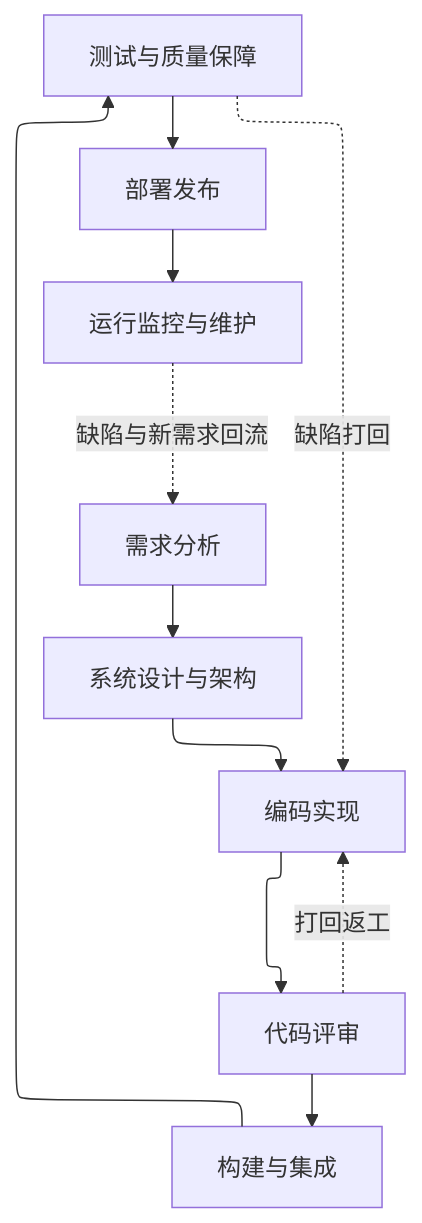
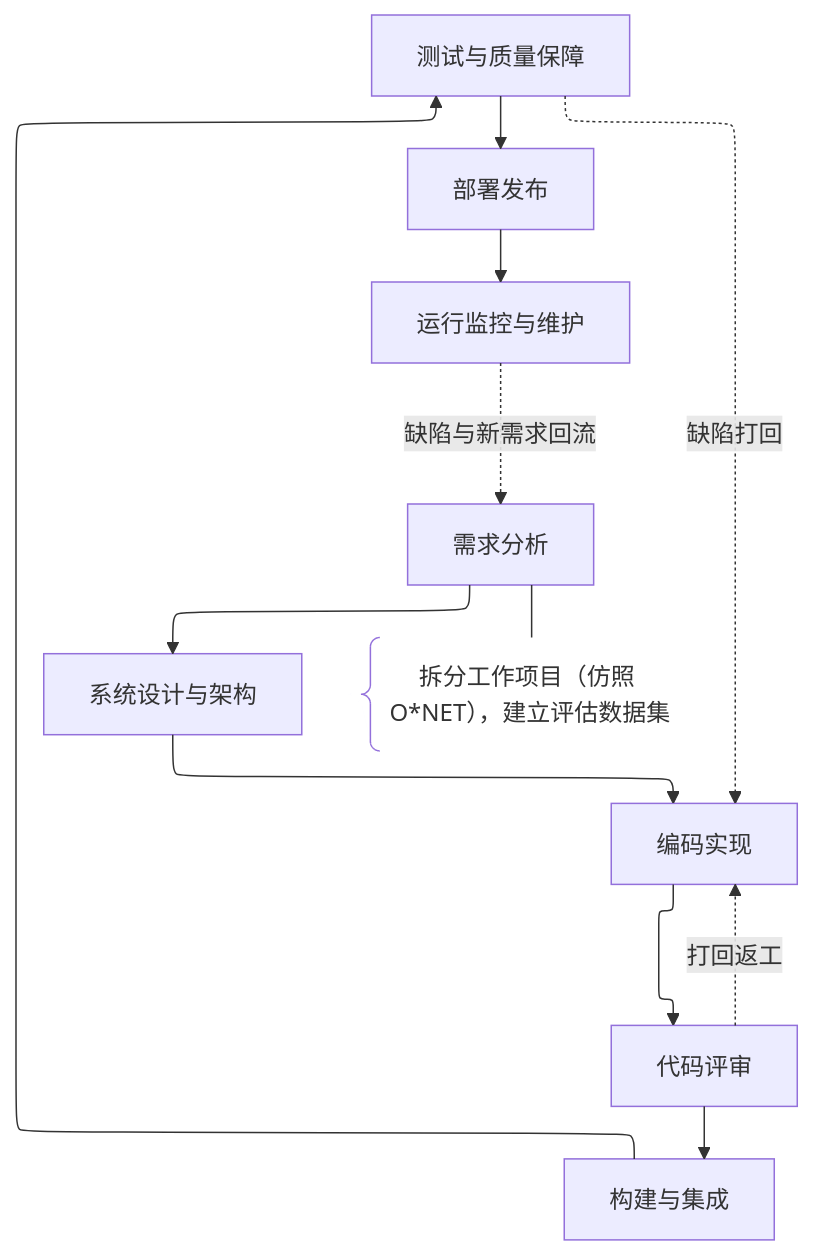
The second of 2 diagrams in chat/AIKnowledgeLabor.md (AI-LLM/Controversy), drawn with Mermaid before and after one commit. The commit also changed 2 other files, not shown here.

Commit message:
需求分析o--R_A1@{ shape: comment, label: "拆分工作项目（仿照o*net），建立评估数据集" }

````diff
--- a/chat/AIKnowledgeLabor.md
+++ b/chat/AIKnowledgeLabor.md
@@ -628,17 +628,19 @@
 ```mermaid
 ---
 config:
   layout: elk
 ---
 graph TD
     R[需求分析] --> D[系统设计与架构]
     D --> C[编码实现]
     C --> CR[代码评审]
     CR --> IG[构建与集成]
     IG --> T[测试与质量保障]
     T --> DP[部署发布]
     DP --> MO[运行监控与维护]
     CR -. 打回返工 .-> C
     T -. 缺陷打回 .-> C
     MO -. 缺陷与新需求回流 .-> R
+    R_A1@{ shape: comment, label: "拆分工作项目（仿照 O*NET），建立评估数据集" }
+    R --- R_A1
 ```
````
